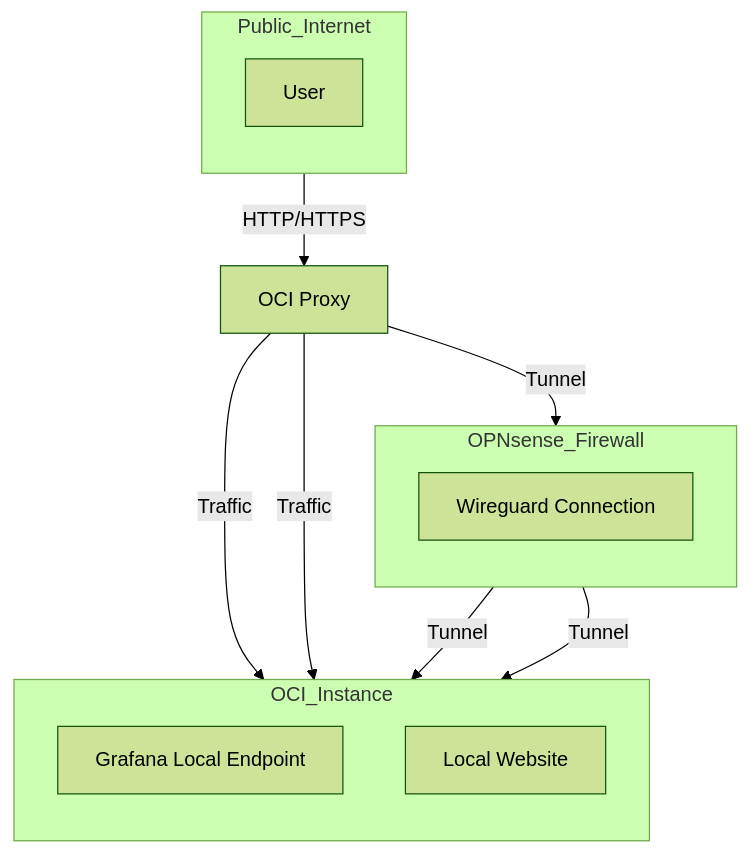
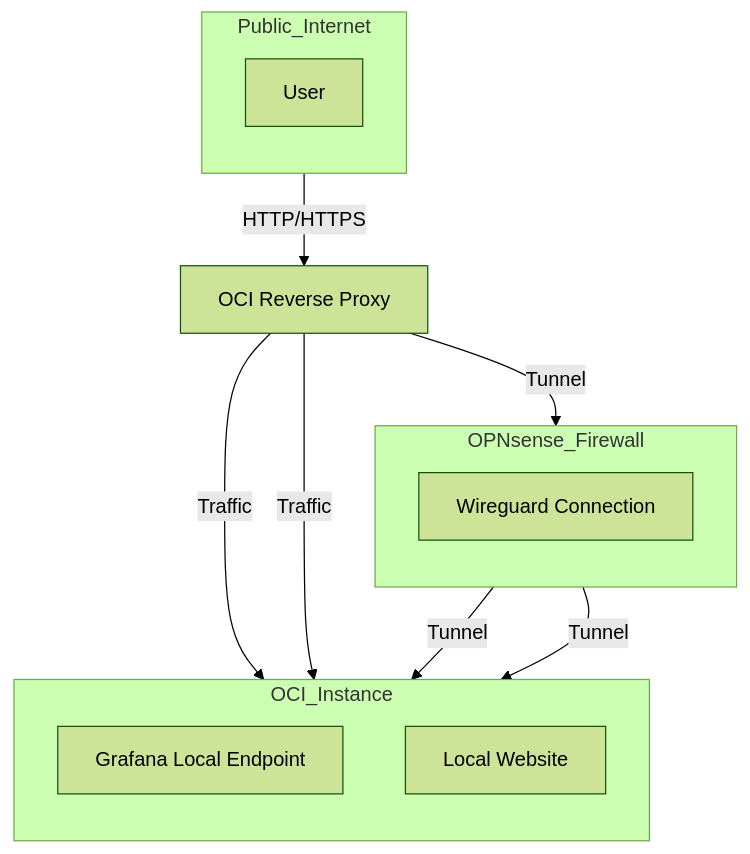
Before and after one commit to MarlonJMejia/MarlonJMejia.github.io: the diagram in resume.md, drawn with Mermaid (forest theme).

````diff
--- a/resume.md
+++ b/resume.md
@@ -72,25 +72,25 @@
 ```mermaid
 graph TD
     subgraph OCI_Instance
         direction TB
         Grafana_Local_Endpoint[Grafana Local Endpoint]
         Local_Website[Local Website]
     end
 
     subgraph OPNsense_Firewall
         direction TB
         Wireguard_Connection[Wireguard Connection]
     end
 
     subgraph Public_Internet
         direction TB
         User[User]
     end
 
-    User -->|HTTP/HTTPS| Reverse_Proxy[OCI Proxy]
+    User -->|HTTP/HTTPS| Reverse_Proxy[OCI Reverse Proxy]
     Reverse_Proxy -->|Traffic| Grafana_Local_Endpoint
     Reverse_Proxy -->|Traffic| Local_Website
     Reverse_Proxy -->|Tunnel| Wireguard_Connection
     Wireguard_Connection -->|Tunnel| Grafana_Local_Endpoint
     Wireguard_Connection -->|Tunnel| Local_Website
 ```
````
